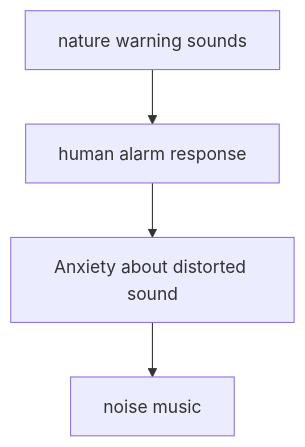
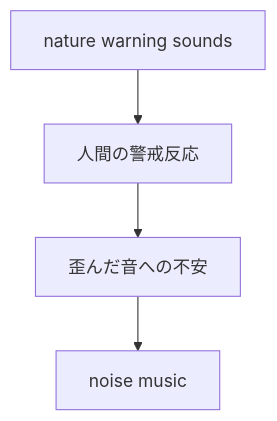
The fourth of 5 diagrams in en/_posts/2026-03-13-column-why-experimental-music-scares-people.md (monumental-movement/monumental-movement.github.io), drawn with Mermaid before and after one commit. The commit also changed other lines of this file and 2196 other files, not shown here.

```diff
--- a/en/_posts/2026-03-13-column-why-experimental-music-scares-people.md
+++ b/en/_posts/2026-03-13-column-why-experimental-music-scares-people.md
@@ -216,6 +216,6 @@
 <div class="mermaid">
 graph TD
-A[nature warning sounds] --> B[human alarm response]
-B --> C[Anxiety about distorted sound]
+A[nature warning sounds] --> B[人間の警戒反応]
+B --> C[歪んだ音への不安]
 C --> D[noise music]
 </div>
```
